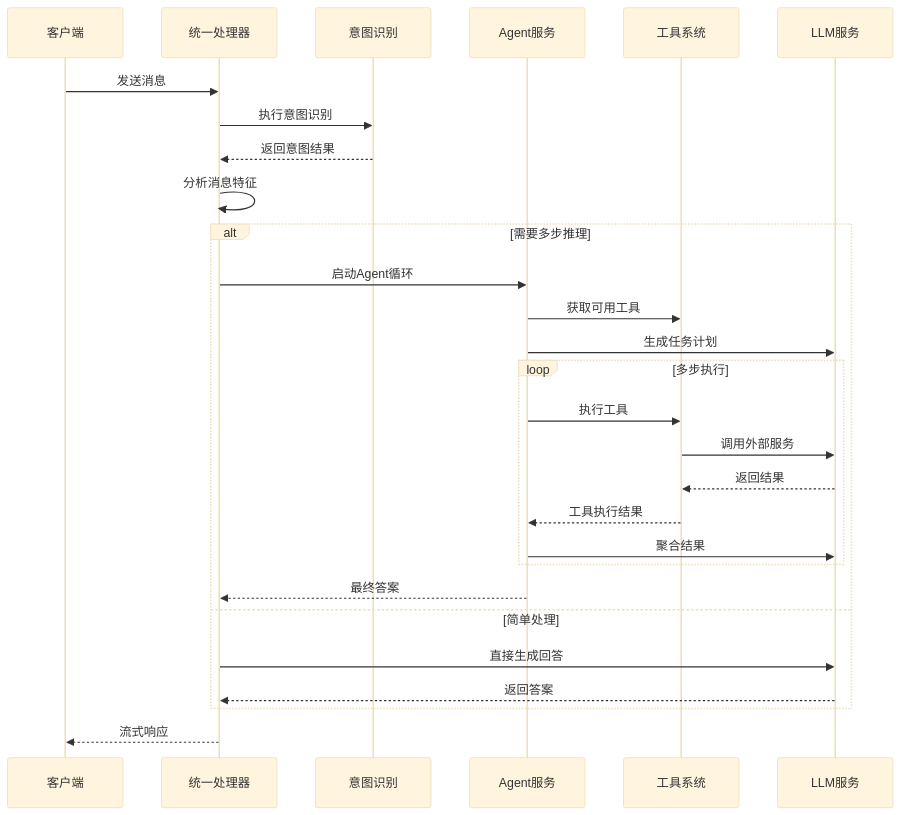
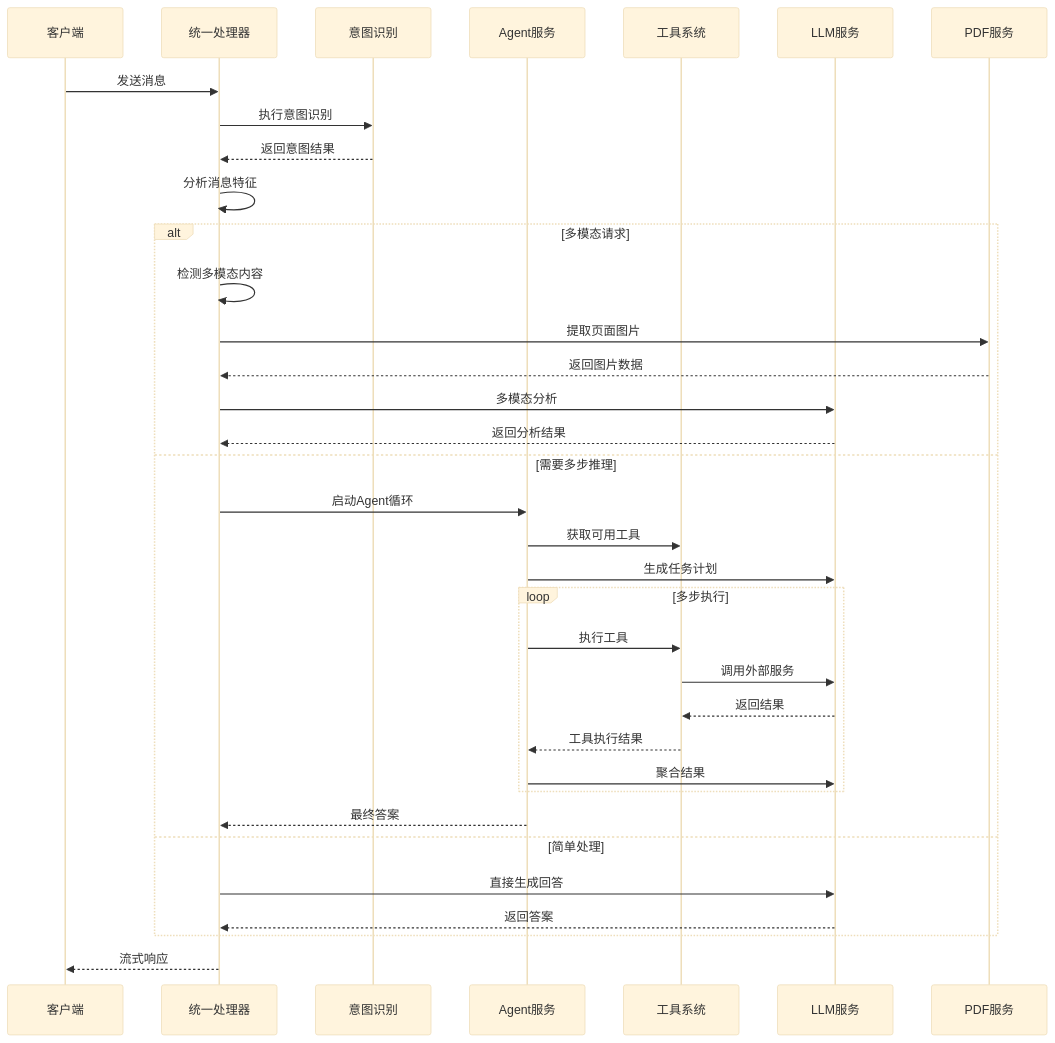
Before and after one commit to laohanhahaha/PaperChat: the fourth of 10 diagrams in .qoder/repowiki/zh/content/后端系统/统一处理器系统.md, drawn with Mermaid (base theme). The commit also changed other lines of this file and 185 other files, not shown here.

````diff
--- a/.qoder/repowiki/zh/content/后端系统/统一处理器系统.md
+++ b/.qoder/repowiki/zh/content/后端系统/统一处理器系统.md
@@ -184,30 +227,37 @@
 ```mermaid
 sequenceDiagram
 participant Client as 客户端
 participant Handler as 统一处理器
 participant Intent as 意图识别
 participant Agent as Agent服务
 participant Tools as 工具系统
 participant LLM as LLM服务
+participant PDF as PDF服务
 Client->>Handler : 发送消息
 Handler->>Intent : 执行意图识别
 Intent-->>Handler : 返回意图结果
 Handler->>Handler : 分析消息特征
-alt 需要多步推理
+alt 多模态请求
+Handler->>Handler : 检测多模态内容
+Handler->>PDF : 提取页面图片
+PDF-->>Handler : 返回图片数据
+Handler->>LLM : 多模态分析
+LLM-->>Handler : 返回分析结果
+else 需要多步推理
 Handler->>Agent : 启动Agent循环
 Agent->>Tools : 获取可用工具
 Agent->>LLM : 生成任务计划
 loop 多步执行
 Agent->>Tools : 执行工具
 Tools->>LLM : 调用外部服务
 LLM-->>Tools : 返回结果
 Tools-->>Agent : 工具执行结果
 Agent->>LLM : 聚合结果
 end
 Agent-->>Handler : 最终答案
 else 简单处理
 Handler->>LLM : 直接生成回答
 LLM-->>Handler : 返回答案
 end
 Handler-->>Client : 流式响应
 ```
````
